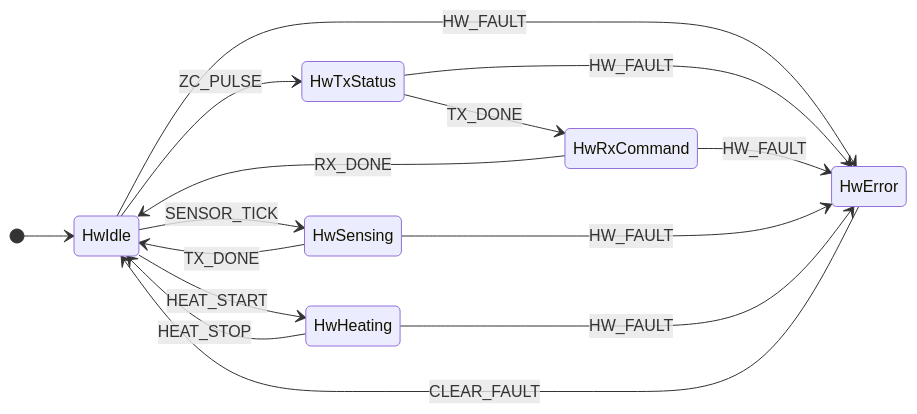
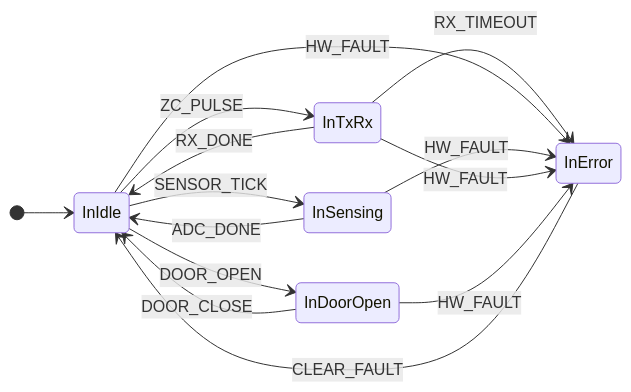
The fifth of 15 diagrams in code/docs/samples/LAYER_DESIGN_zh.md (akashi-hideki/StaTable), drawn with Mermaid before and after one commit. The commit also changed other lines of this file and 3 other files, not shown here.

````diff
--- a/code/docs/samples/LAYER_DESIGN_zh.md
+++ b/code/docs/samples/LAYER_DESIGN_zh.md
@@ -265,18 +282,17 @@
 ```mermaid
 stateDiagram-v2
     direction LR
-    [*] --> HwIdle
-    HwIdle --> HwTxStatus : ZC_PULSE
-    HwTxStatus --> HwRxCommand : TX_DONE
-    HwRxCommand --> HwIdle : RX_DONE
-    HwIdle --> HwSensing : SENSOR_TICK
-    HwSensing --> HwIdle : TX_DONE
-    HwIdle --> HwHeating : HEAT_START
-    HwHeating --> HwIdle : HEAT_STOP
-    HwIdle --> HwError : HW_FAULT
-    HwTxStatus --> HwError : HW_FAULT
-    HwRxCommand --> HwError : HW_FAULT
-    HwSensing --> HwError : HW_FAULT
-    HwHeating --> HwError : HW_FAULT
-    HwError --> HwIdle : CLEAR_FAULT
+    [*] --> InIdle
+    InIdle --> InSensing : SENSOR_TICK
+    InSensing --> InIdle : ADC_DONE
+    InIdle --> InTxRx : ZC_PULSE
+    InTxRx --> InIdle : RX_DONE
+    InTxRx --> InError : RX_TIMEOUT
+    InIdle --> InDoorOpen : DOOR_OPEN
+    InDoorOpen --> InIdle : DOOR_CLOSE
+    InIdle --> InError : HW_FAULT
+    InSensing --> InError : HW_FAULT
+    InTxRx --> InError : HW_FAULT
+    InDoorOpen --> InError : HW_FAULT
+    InError --> InIdle : CLEAR_FAULT
 ```
````
